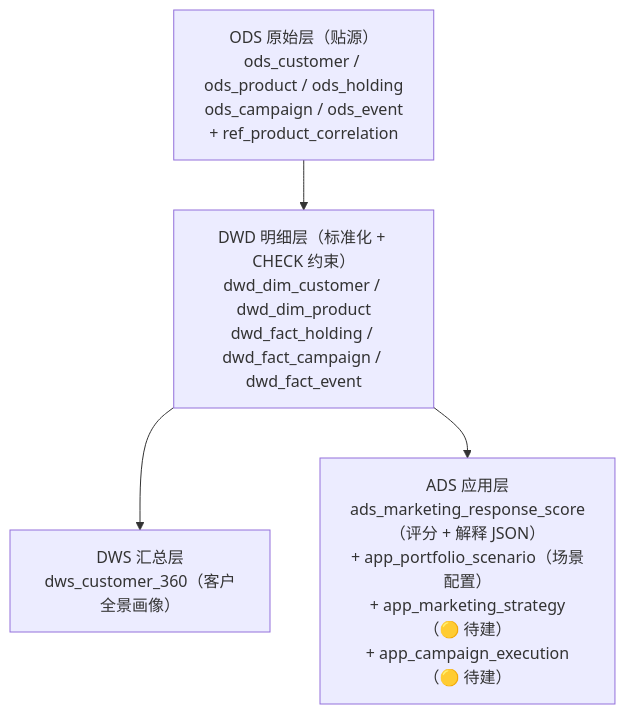
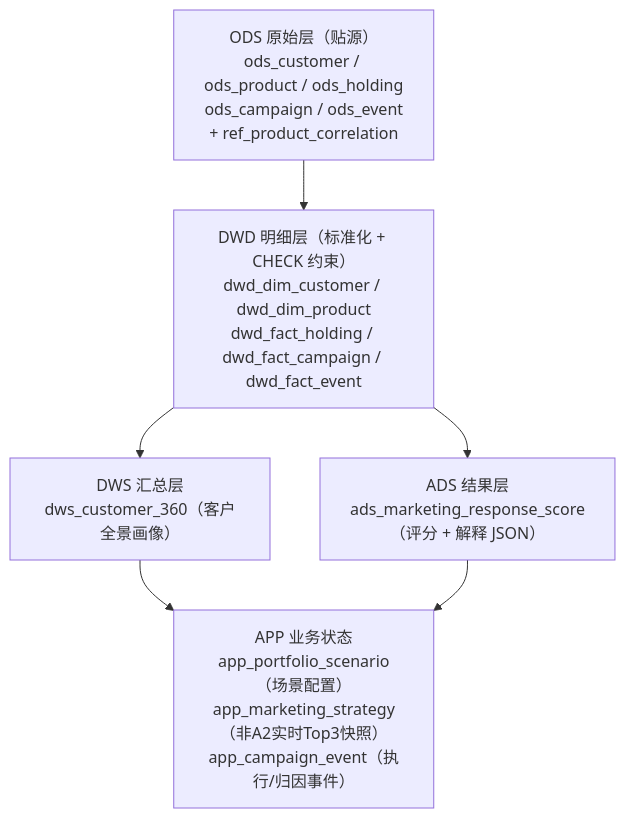
Before and after one commit to cpyh/touchCIB: the first of 2 diagrams in src/docs/sdd-platform.md, drawn with Mermaid. The commit also changed other lines of this file and 36 other files, not shown here.

````diff
--- a/src/docs/sdd-platform.md
+++ b/src/docs/sdd-platform.md
@@ -12,9 +12,12 @@
 ```mermaid
 flowchart TB
     ODS["ODS 原始层（贴源）<br/>ods_customer / ods_product / ods_holding<br/>ods_campaign / ods_event<br/>+ ref_product_correlation"]
     DWD["DWD 明细层（标准化 + CHECK 约束）<br/>dwd_dim_customer / dwd_dim_product<br/>dwd_fact_holding / dwd_fact_campaign / dwd_fact_event"]
     DWS["DWS 汇总层<br/>dws_customer_360（客户全景画像）"]
-    ADS["ADS 应用层<br/>ads_marketing_response_score（评分 + 解释 JSON）<br/>+ app_portfolio_scenario（场景配置）<br/>+ app_marketing_strategy（🟡 待建）<br/>+ app_campaign_execution（🟡 待建）"]
+    ADS["ADS 结果层<br/>ads_marketing_response_score（评分 + 解释 JSON）"]
+    APP["APP 业务状态<br/>app_portfolio_scenario（场景配置）<br/>app_marketing_strategy（非A2实时Top3快照）<br/>app_campaign_event（执行/归因事件）"]
     ODS --> DWD --> DWS
     DWD --> ADS
+    DWS --> APP
+    ADS --> APP
 ```
````
